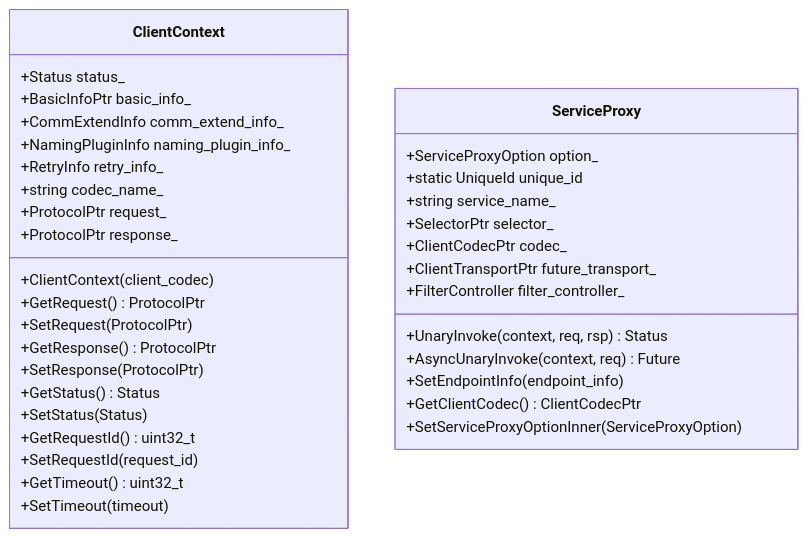
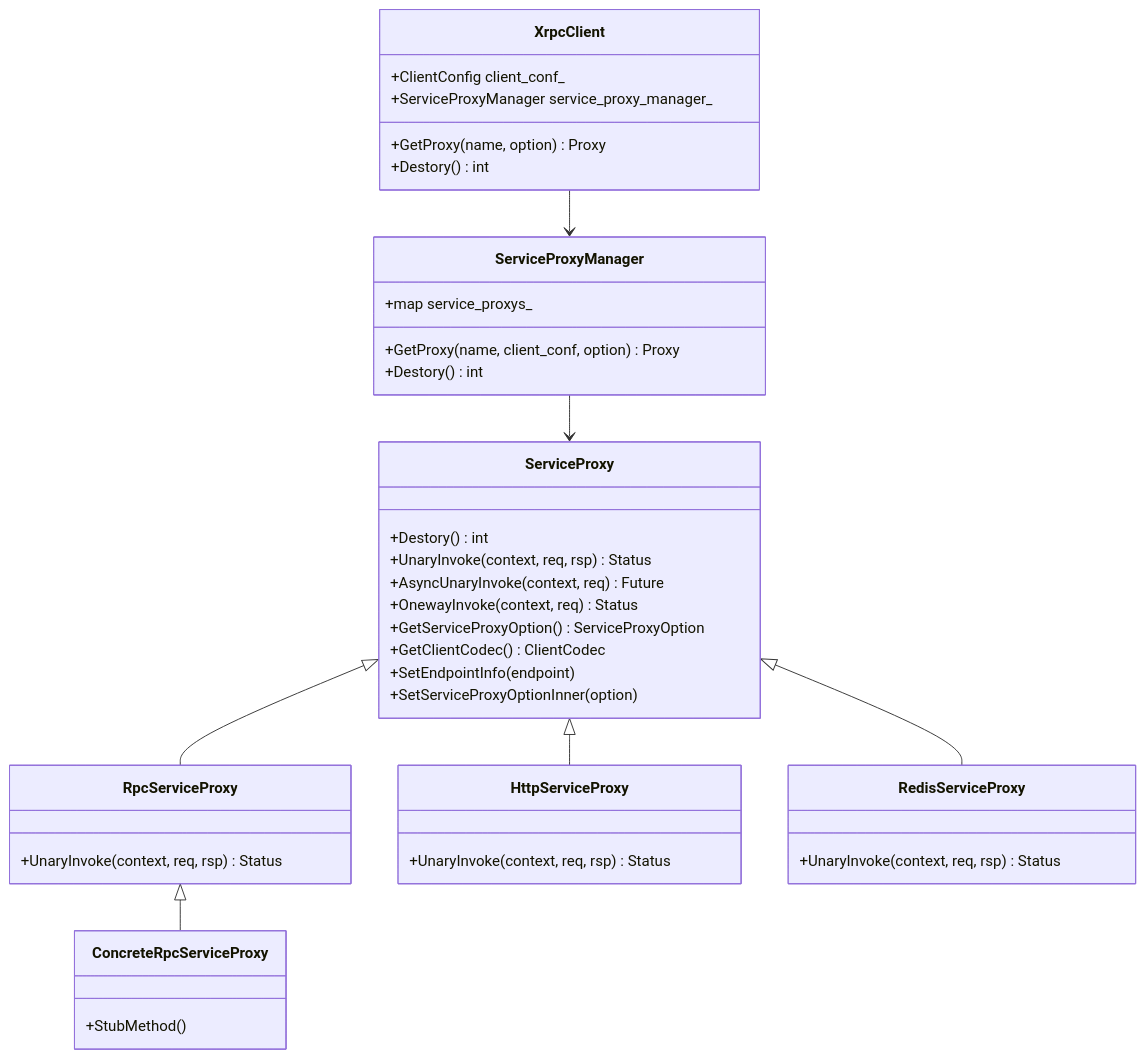
The diagram in posts/xrpc/xrpc-client/readme.md (lsj9383/blog), drawn with Mermaid before and after one commit. The commit also changed other lines of this file, not shown here.

````diff
--- a/posts/xrpc/xrpc-client/readme.md
+++ b/posts/xrpc/xrpc-client/readme.md
@@ -20,40 +27,50 @@
 ```mermaid
 classDiagram
 
-class ClientContext {
-  +Status status_
-  +BasicInfoPtr basic_info_
-  +CommExtendInfo comm_extend_info_
-  +NamingPluginInfo naming_plugin_info_
-  +RetryInfo retry_info_
-  +string codec_name_
-  +ProtocolPtr request_
-  +ProtocolPtr response_
-  +ClientContext(client_codec)
-  +GetRequest() ProtocolPtr
-  +SetRequest(ProtocolPtr)
-  +GetResponse() ProtocolPtr
-  +SetResponse(ProtocolPtr)
-  +GetStatus() Status
-  +SetStatus(Status)
-  +GetRequestId() uint32_t
-  +SetRequestId(request_id)
-  +GetTimeout() uint32_t
-  +SetTimeout(timeout)
+XrpcClient --> ServiceProxyManager
+ServiceProxyManager --> ServiceProxy
+ServiceProxy <|-- RpcServiceProxy
+ServiceProxy <|-- HttpServiceProxy
+ServiceProxy <|-- RedisServiceProxy
+RpcServiceProxy <|-- ConcreteRpcServiceProxy
+
+class XrpcClient {
+  +ClientConfig client_conf_
+  +ServiceProxyManager service_proxy_manager_
+  +GetProxy(name, option) Proxy
+  +Destory() int
+}
+
+class ServiceProxyManager {
+  +map<string, ServiceProxy> service_proxys_
+  +GetProxy(name, client_conf, option) Proxy
+  +Destory() int
 }
 
 class ServiceProxy {
-  +ServiceProxyOption option_
-  +static UniqueId unique_id
-  +string service_name_
-  +SelectorPtr selector_
-  +ClientCodecPtr codec_
-  +ClientTransportPtr future_transport_
-  +FilterController filter_controller_
+  +Destory() int
   +UnaryInvoke(context, req, rsp) Status
   +AsyncUnaryInvoke(context, req) Future
-  +SetEndpointInfo(endpoint_info)
-  +GetClientCodec() ClientCodecPtr
-  +SetServiceProxyOptionInner(ServiceProxyOption)
+  +OnewayInvoke(context, req) Status
+  +GetServiceProxyOption() ServiceProxyOption
+  +GetClientCodec() ClientCodec
+  +SetEndpointInfo(endpoint)
+  +SetServiceProxyOptionInner(option)
+}
+
+class RpcServiceProxy {
+  +UnaryInvoke(context, req, rsp) Status
+}
+
+class ConcreteRpcServiceProxy {
+  +StubMethod()
+}
+
+class HttpServiceProxy {
+  +UnaryInvoke(context, req, rsp) Status
+}
+
+class RedisServiceProxy {
+  +UnaryInvoke(context, req, rsp) Status
 }
 ```
````
